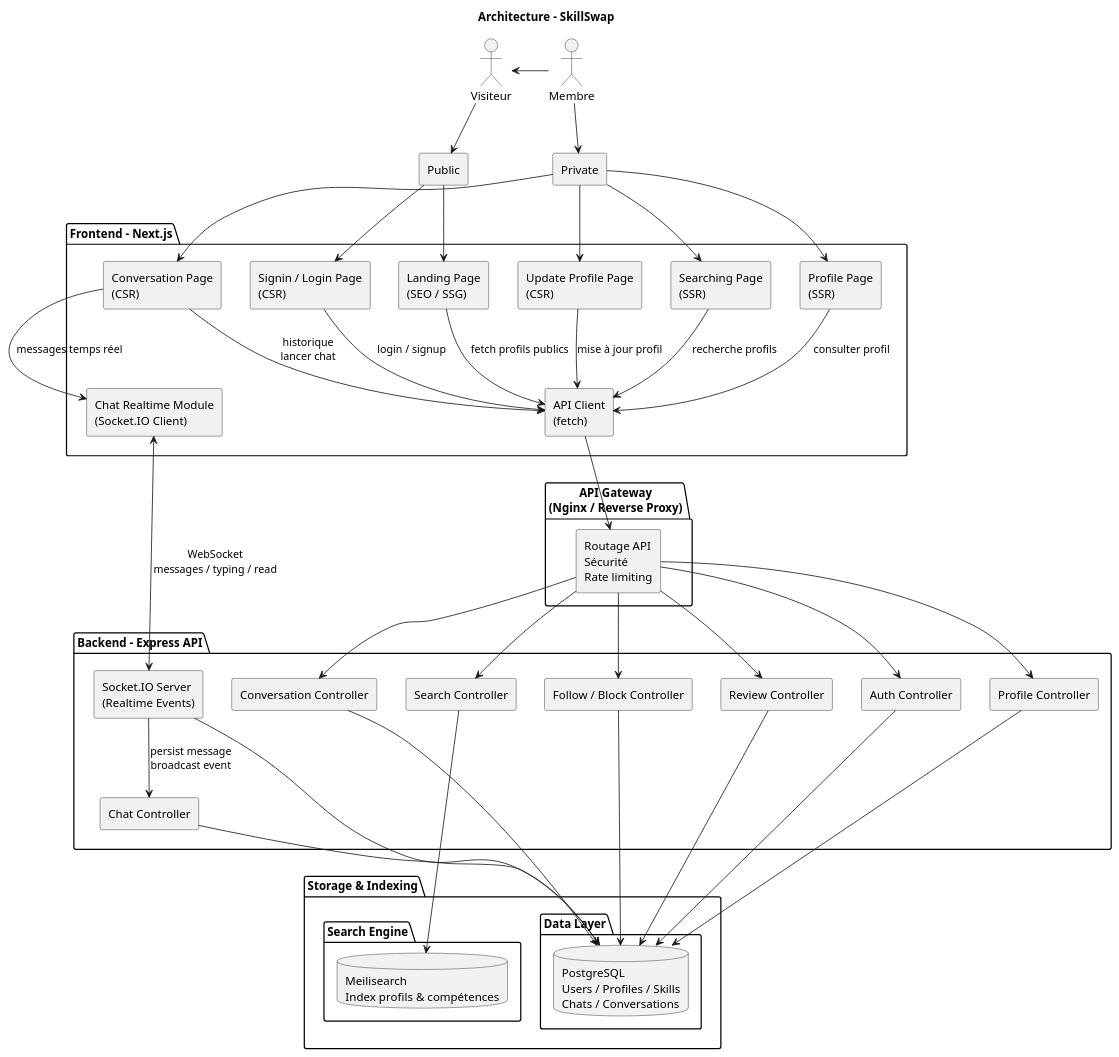
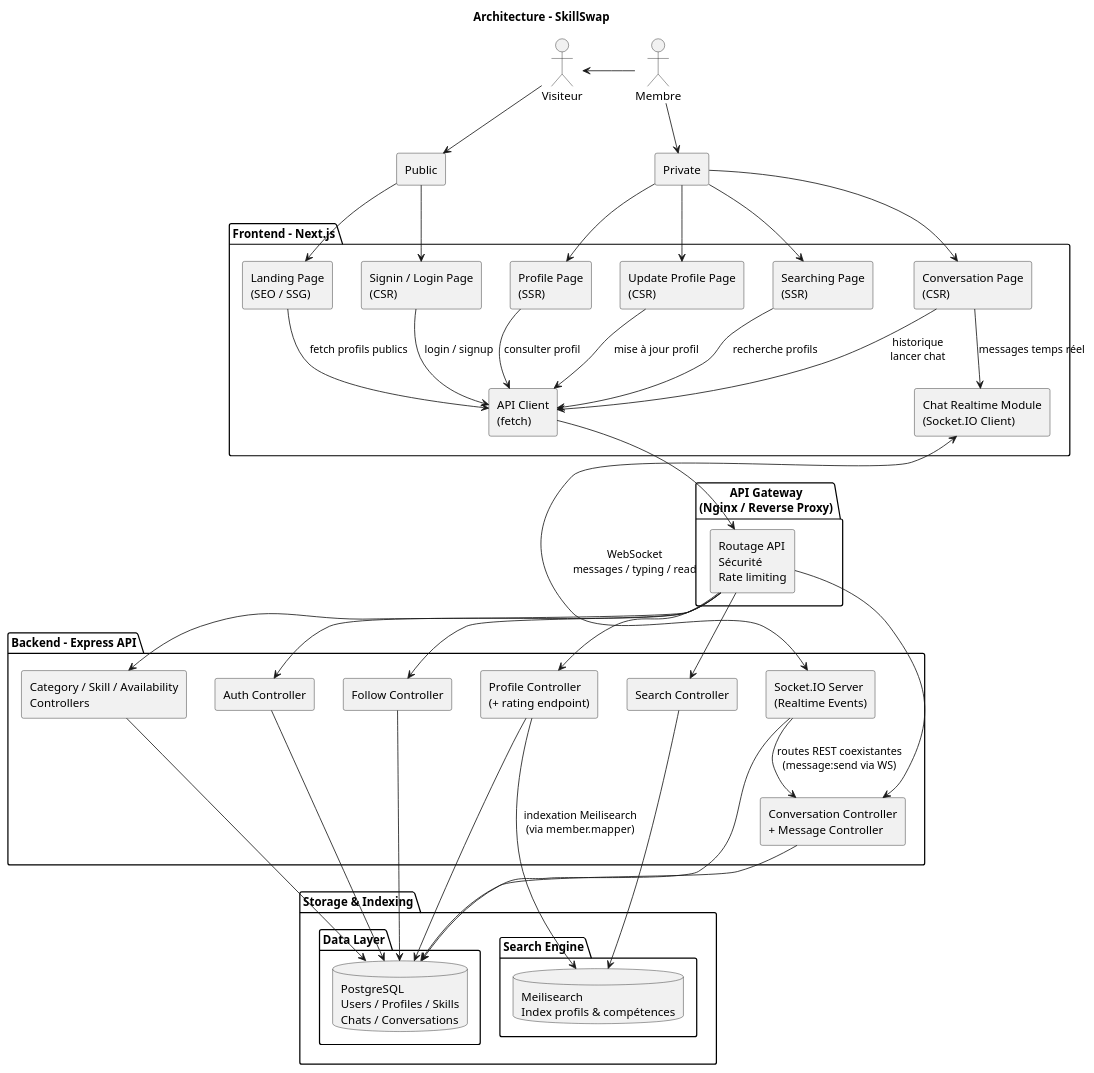
Before and after one commit to Sojeremy/documentation-skillswap: the diagram in docs/uml/architecture/architecture.puml, drawn with PlantUML. The commit also changed 4 other files, not shown here.

Commit message:
docs(uml): audit factuel — 5 .puml patchés (architecture, erd, search-profile, use-cases, user-flow), 2 inchangés (deployement, conversation)

```diff
--- a/docs/uml/architecture/architecture.puml
+++ b/docs/uml/architecture/architecture.puml
@@ -1,121 +1,120 @@
 @startuml architecture
 
 top to bottom direction
 
 ' ===== Paramètres visuels =====
 skinparam componentStyle rectangle
 skinparam wrapWidth 500
 skinparam maxMessageSize 400
 skinparam componentFontSize 14
 skinparam noteFontSize 12
 skinparam nodeFontSize 14
 
 title Architecture – SkillSwap
 
 actor Visiteur
 actor Membre
 
 ' ===== FRONTEND =====
 package "Frontend - Next.js" {
 
   component "Landing Page\n(SEO / SSG)" as Landing
   component "Signin / Login Page\n(CSR)" as Auth
   component "Searching Page\n(SSR)" as Search
   component "Profile Page\n(SSR)" as Profile
   component "Update Profile Page\n(CSR)" as UpdateProfile
   component "API Client\n(fetch)" as global
 
   together {
     component "Conversation Page\n(CSR)" as Messages
     component "Chat Realtime Module\n(Socket.IO Client)" as ChatUI
   }
 
   Messages --> ChatUI : messages temps réel
 }
 
 ' ===== API GATEWAY =====
 package "API Gateway\n(Nginx / Reverse Proxy)" {
   component "Routage API\nSécurité\nRate limiting" as Gateway
 }
 
 
 ' ===== BACKEND =====
 package "Backend - Express API" {
 
   component "Auth Controller" as AuthAPI
-  component "Profile Controller" as ProfileAPI
+  component "Profile Controller\n(+ rating endpoint)" as ProfileAPI
   component "Search Controller" as SearchAPI
 
   together {
     component "Socket.IO Server\n(Realtime Events)" as SocketServer
-    component "Chat Controller" as ChatAPI
+    component "Conversation Controller\n+ Message Controller" as MessageAPI
   }
 
-  component "Conversation Controller" as MessageAPI
-  component "Follow / Block Controller" as SocialAPI
-  component "Review Controller" as ReviewAPI
+  component "Follow Controller" as SocialAPI
+  component "Category / Skill / Availability\nControllers" as RefAPI
 
-  SocketServer --> ChatAPI : persist message\nbroadcast event
+  SocketServer --> MessageAPI : routes REST coexistantes\n(message:send via WS)
 }
 
 package "Storage & Indexing" {
 ' ===== DATA LAYER =====
 package "Data Layer" {
   database "PostgreSQL\nUsers / Profiles / Skills\nChats / Conversations" as DB
 }
 
 ' ===== SEARCH ENGINE =====
 package "Search Engine" {
   database "Meilisearch\nIndex profils & compétences" as SearchEngine
 }
 }
 
 ' ===== ACTEURS =====
 Visiteur --> [Public]
 Membre -left-> [Visiteur]
 Membre --> [Private]
 
 [Public] --> Landing
 [Public] --> Auth
 [Private] --> Search
 [Private] --> Profile
 [Private] --> UpdateProfile
 [Private] --> Messages
 
 ' ===== FRONT -> GATEWAY (REST) =====
 Landing --> global : fetch profils publics
 Auth --> global : login / signup
 Search --> global : recherche profils
 Profile --> global : consulter profil
 UpdateProfile --> global : mise à jour profil
 Messages --> global : historique\nlancer chat
 
 global --> Gateway
 
 ' ===== WEBSOCKET (DIRECT) =====
 ChatUI <--> SocketServer : WebSocket\nmessages / typing / read
 
 ' ===== GATEWAY -> BACKEND =====
 Gateway --> AuthAPI
 Gateway --> ProfileAPI
 Gateway --> SearchAPI
 Gateway --> MessageAPI
 Gateway --> SocialAPI
-Gateway --> ReviewAPI
+Gateway --> RefAPI
 
 ' ===== BACKEND -> DATA =====
 AuthAPI --> DB
 ProfileAPI --> DB
+ProfileAPI --> SearchEngine : indexation Meilisearch\n(via member.mapper)
 SearchAPI --> SearchEngine
-ChatAPI --> DB
 MessageAPI --> DB
 SocialAPI --> DB
-ReviewAPI --> DB
+RefAPI --> DB
 SocketServer --> DB
 
 ' ===== LIENS CACHÉS (ALIGNEMENT) =====
 Messages -[hidden]-> Gateway
 Gateway -[hidden]-> SocketServer
 ChatUI -[hidden]-> MessageAPI
 
 @enduml
```
